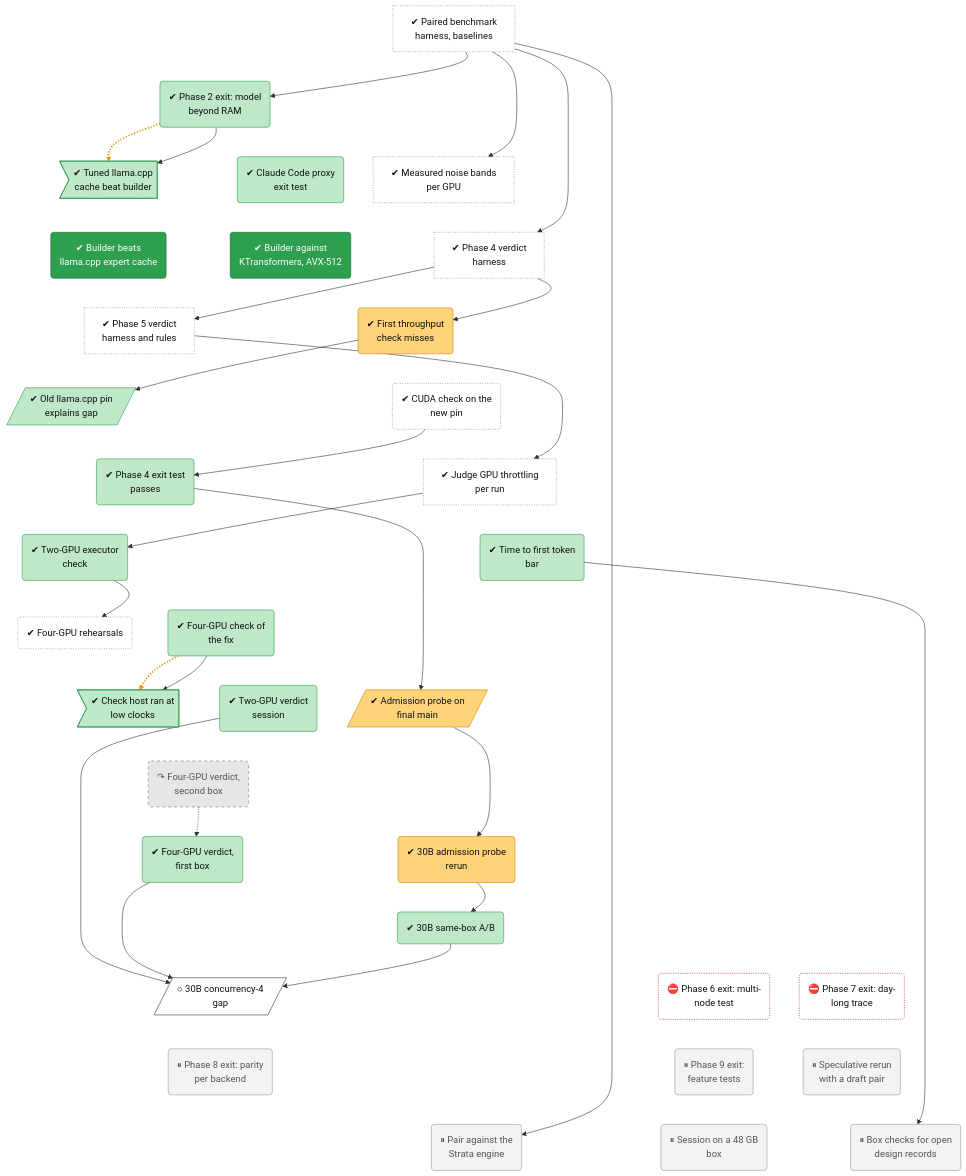
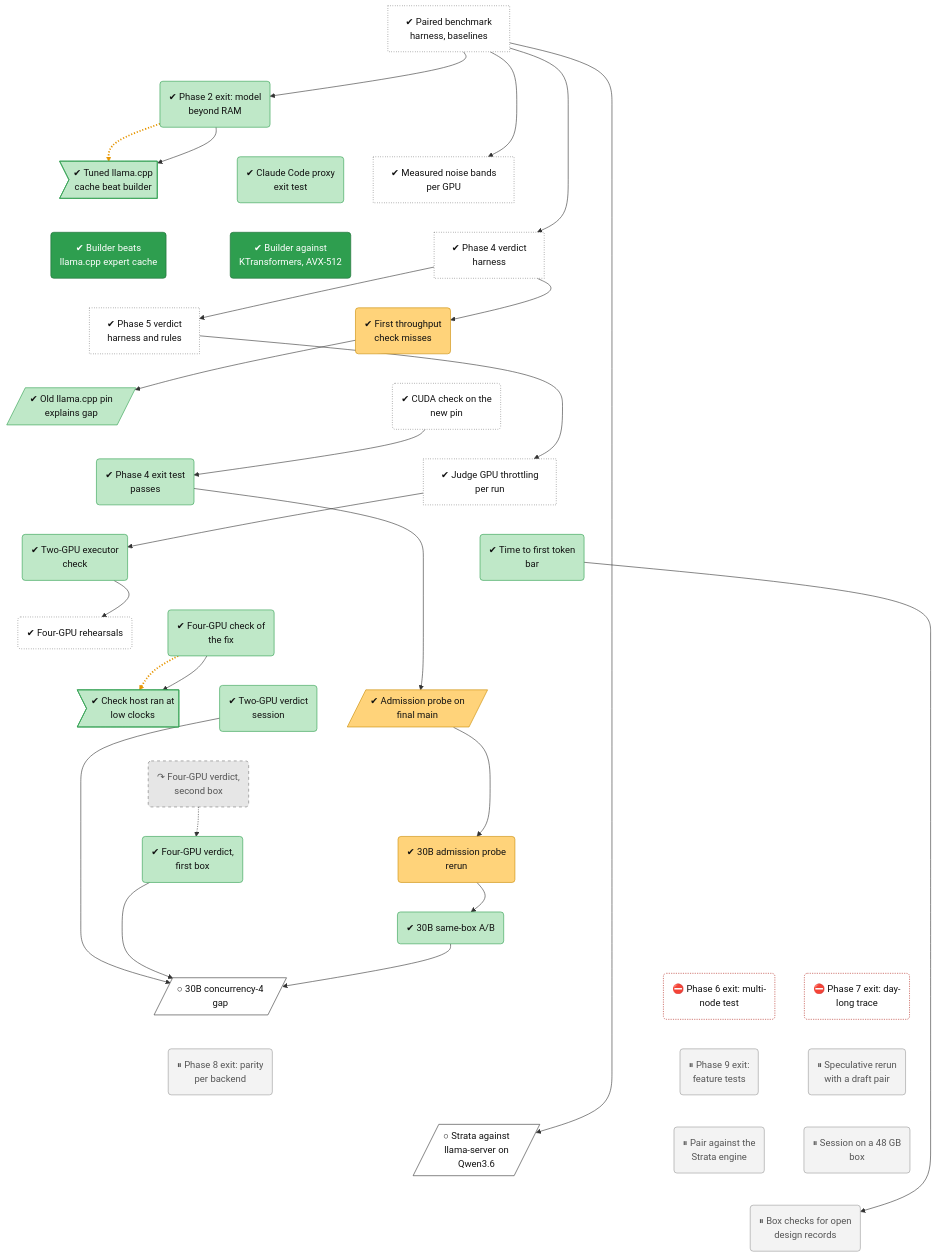
Before and after one commit to lhns/tetraeder: the diagram in docs/roadmap/tracks/bench.md, drawn with Mermaid. The commit also changed other lines of this file and 11 other files, not shown here.

Commit message:
Strata feature matrix (docs/notes/strata-parity.md, v0.2.20 from source), ADR 0085 (Proposed), tree nodes: bench-strata-q36 first, then an own qwen35moe builder; class 1 nodes kv-auto, ep-split, low-ram modes, prefix SSD (not measured)

````diff
--- a/docs/roadmap/tracks/bench.md
+++ b/docs/roadmap/tracks/bench.md
@@ -40,6 +40,7 @@
     bench_phase8_exit("⏸ Phase 8 exit: parity<br/>per backend")
     bench_phase9_exit("⏸ Phase 9 exit:<br/>feature tests")
     bench_spec_rerun("⏸ Speculative rerun<br/>with a draft pair")
+    bench_strata_q36[/"○ Strata against<br/>llama-server on<br/>Qwen3.6"/]
     bench_strata_pairing("⏸ Pair against the<br/>Strata engine")
     bench_d1_session("⏸ Session on a 48 GB<br/>box")
     bench_open_records("⏸ Box checks for open<br/>design records")
@@ -77,9 +78,12 @@
     bench_30b_c4_gap ~~~ bench_phase8_exit
     bench_phase6_exit ~~~ bench_phase9_exit
     bench_phase7_exit ~~~ bench_spec_rerun
-    bench_phase8_exit ~~~ bench_strata_pairing
-    bench_phase9_exit ~~~ bench_d1_session
-    bench_spec_rerun ~~~ bench_open_records
+    bench_phase8_exit ~~~ bench_strata_q36
+    bench_phase9_exit ~~~ bench_strata_pairing
+    bench_spec_rerun ~~~ bench_d1_session
+    bench_strata_q36 ~~~ bench_open_records
+    bench_strata_pairing ~~~ bench_open_records
+    bench_d1_session ~~~ bench_open_records
     bench_harness --> bench_phase2_exit
     bench_phase2_exit -.-> bench_defect_tuned_cache
     bench_phase2_exit --> bench_defect_tuned_cache
@@ -101,9 +105,9 @@
     bench_v2_verdict --> bench_30b_c4_gap
     bench_v4a_verdict --> bench_30b_c4_gap
     bench_ab30b --> bench_30b_c4_gap
-    bench_harness --> bench_strata_pairing
+    bench_harness --> bench_strata_q36
     bench_ttft --> bench_open_records
-    linkStyle 38,49 stroke:#e69500,stroke-width:3px,stroke-dasharray:2 3
+    linkStyle 41,52 stroke:#e69500,stroke-width:3px,stroke-dasharray:2 3
     classDef vsucc fill:#2e9e4f,stroke:#1b6b34,color:#fff
     classDef succ fill:#bfe8c8,stroke:#2e9e4f,color:#111
     classDef mixed fill:#ffd37a,stroke:#c98a00,color:#111
@@ -123,7 +127,7 @@
     class bench_m1_point1,bench_m1_point3 vsucc
     class bench_d2a_rerun,bench_d2a_probe,bench_d2a_30b mixed
     class bench_v4b_verdict dead
-    class bench_30b_c4_gap next
+    class bench_30b_c4_gap,bench_strata_q36 next
     class bench_phase6_exit,bench_phase7_exit blocked
     class bench_phase8_exit,bench_phase9_exit,bench_spec_rerun,bench_strata_pairing,bench_d1_session,bench_open_records parked
 ```
````
